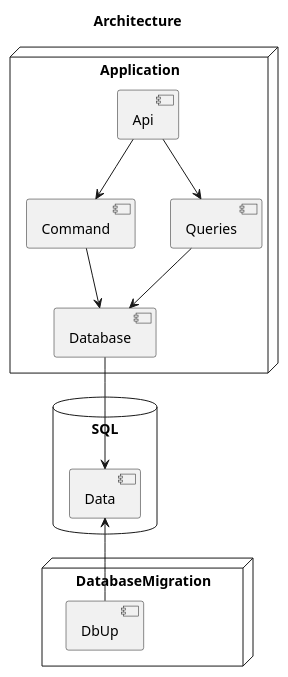
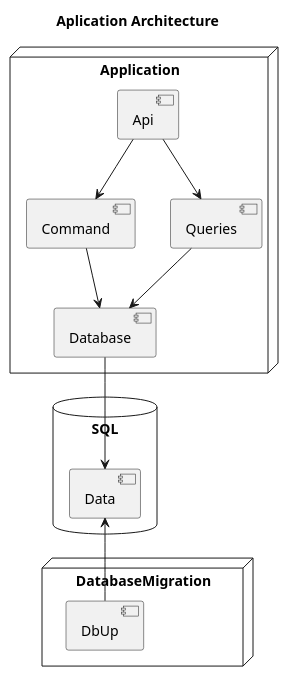
One commit to pwujczyk/ProductivityTools.Purchases.Api changed the diagram in Project.wsd. Above: the diagram before and after it, drawn with PlantUML. The commit also changed 1 other file, not shown here.

```diff
--- a/Project.wsd
+++ b/Project.wsd
@@ -1,32 +1,32 @@
 @startuml
 
-title Architecture
+title Aplication Architecture
 
 node Application{
     [Api]
     [Command]
     [Queries]
     [Database]
 }
 
 node DatabaseMigration{
     [DbUp]
 }
 
 database "SQL\n" {
     [Data]
 }
 
 Api -down->Command
 Api -down->Queries
 Command -down->Database
 Queries -down->Database
 Database -down->Data
 
 DbUp -up->Data
 
 
 
 
 
 @enduml
```
